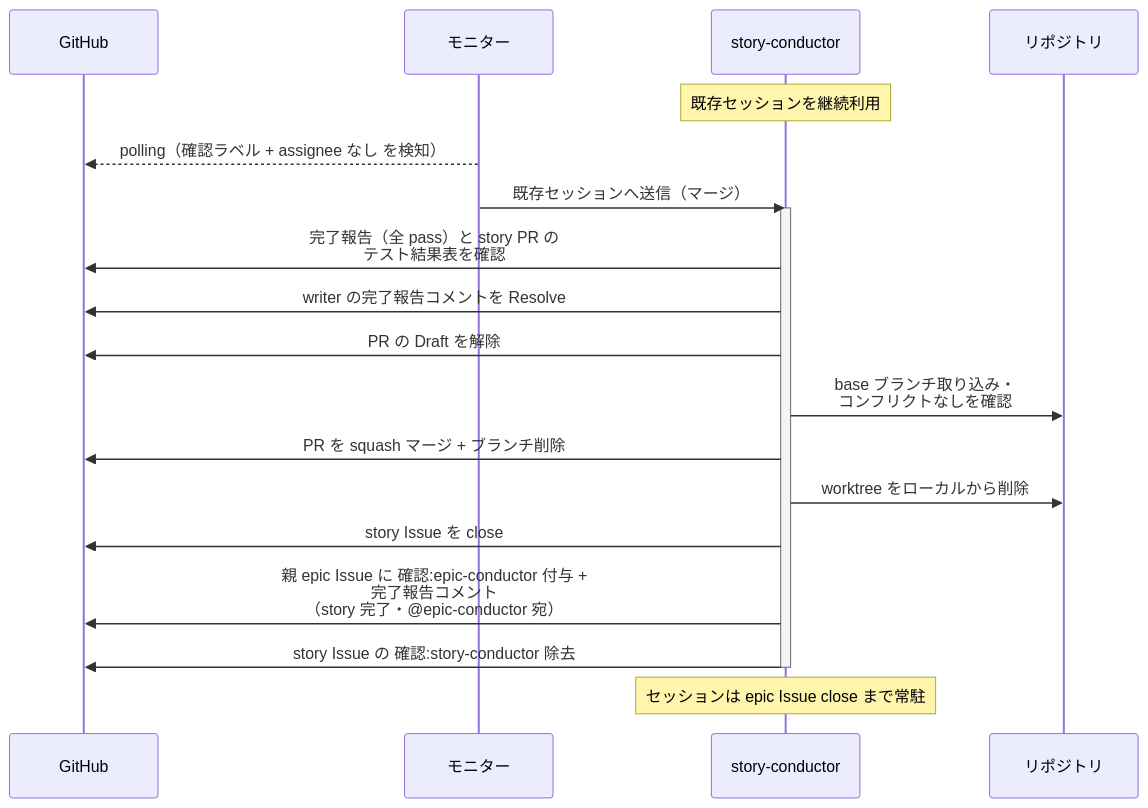
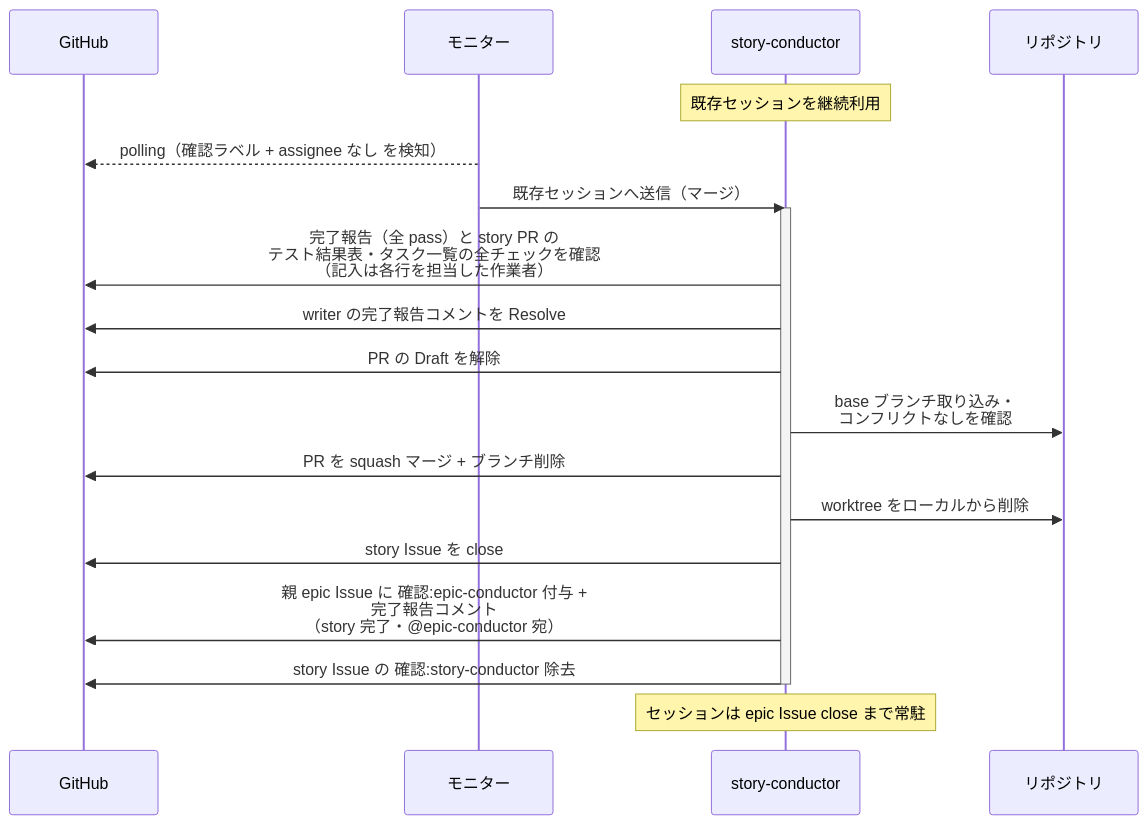
One commit to shuhei1101/ai-monitor changed the second of 6 diagrams in docs/wiki/設計図/シナリオ/単一ユースケース/マージ.md. Above: the diagram before and after it, drawn with Mermaid. The commit also changed other lines of this file and 77 other files, not shown here.

````diff
--- a/docs/wiki/設計図/シナリオ/単一ユースケース/マージ.md
+++ b/docs/wiki/設計図/シナリオ/単一ユースケース/マージ.md
@@ -73,23 +74,23 @@
 ```mermaid
 sequenceDiagram
   participant GH as GitHub
   participant ORC as モニター
   participant MON as story-conductor
   participant REPO as リポジトリ
 
   Note over MON: 既存セッションを継続利用
   ORC-->>GH: polling（確認ラベル + assignee なし を検知）
   ORC->>MON: 既存セッションへ送信（マージ）
   activate MON
-  MON->>GH: 完了報告（全 pass）と story PR の<br>テスト結果表を確認
+  MON->>GH: 完了報告（全 pass）と story PR の<br>テスト結果表・タスク一覧の全チェックを確認<br>（記入は各行を担当した作業者）
   MON->>GH: writer の完了報告コメントを Resolve
   MON->>GH: PR の Draft を解除
   MON->>REPO: base ブランチ取り込み・<br>コンフリクトなしを確認
   MON->>GH: PR を squash マージ + ブランチ削除
   MON->>REPO: worktree をローカルから削除
   MON->>GH: story Issue を close
   MON->>GH: 親 epic Issue に 確認:epic-conductor 付与 +<br>完了報告コメント<br>（story 完了・@epic-conductor 宛）
   MON->>GH: story Issue の 確認:story-conductor 除去
   deactivate MON
   Note over MON: セッションは epic Issue close まで常駐
 ```
````
